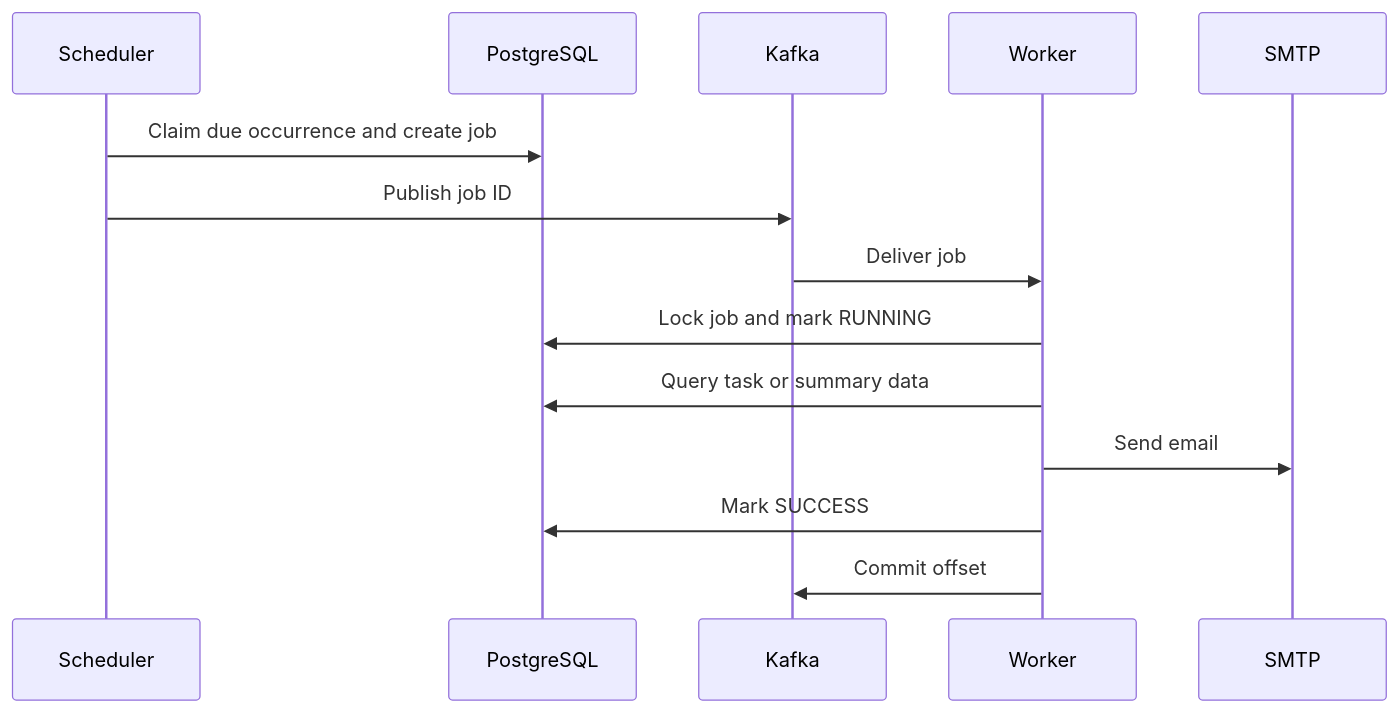
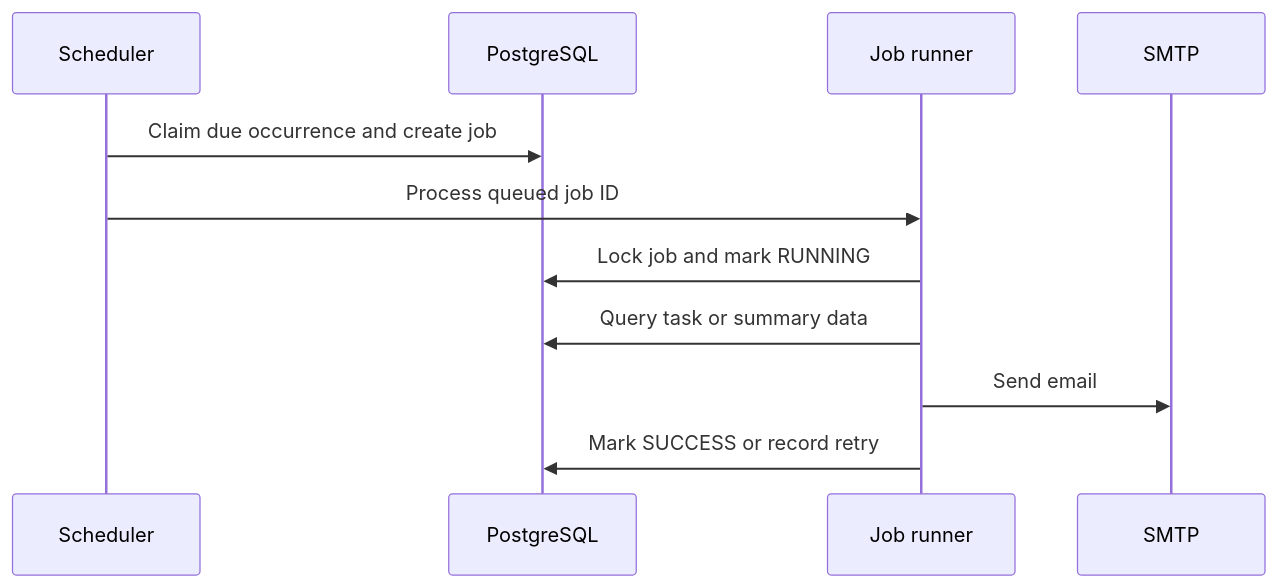
One commit to rajeev8008/Pace changed the second of 2 diagrams in ARCHITECTURE.md. Above: the diagram before and after it, drawn with Mermaid. The commit also changed other lines of this file and 17 other files, not shown here.

First line of the commit message:
refactor replace Kafka with PostgreSQL job scheduling

````diff
--- a/ARCHITECTURE.md
+++ b/ARCHITECTURE.md
@@ -158,17 +141,14 @@
 ```mermaid
 sequenceDiagram
     participant S as Scheduler
     participant D as PostgreSQL
-    participant K as Kafka
-    participant W as Worker
+    participant R as Job runner
     participant M as SMTP
 
     S->>D: Claim due occurrence and create job
-    S->>K: Publish job ID
-    K->>W: Deliver job
-    W->>D: Lock job and mark RUNNING
-    W->>D: Query task or summary data
-    W->>M: Send email
-    W->>D: Mark SUCCESS
-    W->>K: Commit offset
+    S->>R: Process queued job ID
+    R->>D: Lock job and mark RUNNING
+    R->>D: Query task or summary data
+    R->>M: Send email
+    R->>D: Mark SUCCESS or record retry
 ```
````
